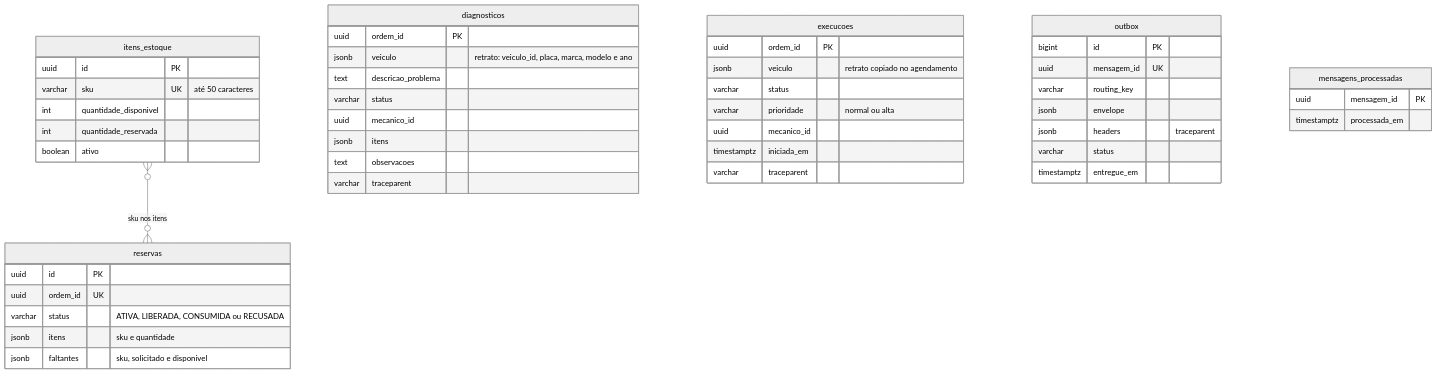
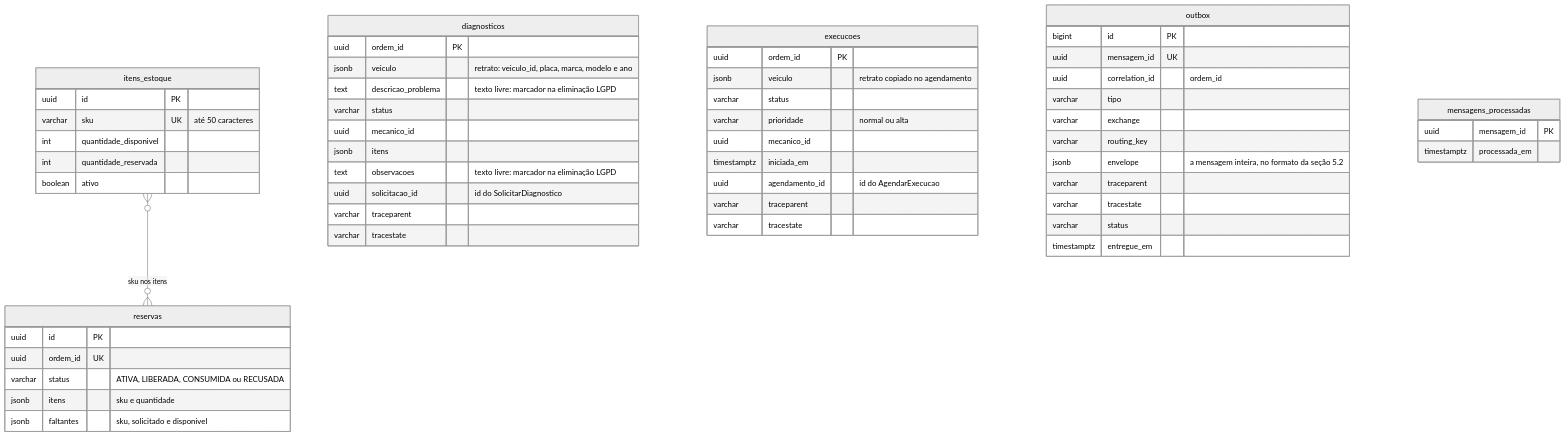
One commit to fiap-postech-sw-architecture/postech-sw-arch-p4-platform changed diagram 11 of 13 in docs/arquitetura/rfc/fase4/rfc-004-microsservicos-saga.md. Above: the diagram before and after it, drawn with Mermaid (neutral theme). The commit also changed other lines of this file and 42 other files, not shown here.

````diff
--- a/docs/arquitetura/rfc/fase4/rfc-004-microsservicos-saga.md
+++ b/docs/arquitetura/rfc/fase4/rfc-004-microsservicos-saga.md
@@ -897,51 +917,59 @@
 ```mermaid
 erDiagram
     itens_estoque {
         uuid id PK
         varchar sku UK "até 50 caracteres"
         int quantidade_disponivel
         int quantidade_reservada
         boolean ativo
     }
     reservas {
         uuid id PK
         uuid ordem_id UK
         varchar status "ATIVA, LIBERADA, CONSUMIDA ou RECUSADA"
         jsonb itens "sku e quantidade"
         jsonb faltantes "sku, solicitado e disponivel"
     }
     diagnosticos {
         uuid ordem_id PK
         jsonb veiculo "retrato: veiculo_id, placa, marca, modelo e ano"
-        text descricao_problema
+        text descricao_problema "texto livre: marcador na eliminação LGPD"
         varchar status
         uuid mecanico_id
         jsonb itens
-        text observacoes
+        text observacoes "texto livre: marcador na eliminação LGPD"
+        uuid solicitacao_id "id do SolicitarDiagnostico"
         varchar traceparent
+        varchar tracestate
     }
     execucoes {
         uuid ordem_id PK
         jsonb veiculo "retrato copiado no agendamento"
         varchar status
         varchar prioridade "normal ou alta"
         uuid mecanico_id
         timestamptz iniciada_em
+        uuid agendamento_id "id do AgendarExecucao"
         varchar traceparent
+        varchar tracestate
     }
     outbox {
         bigint id PK
         uuid mensagem_id UK
+        uuid correlation_id "ordem_id"
+        varchar tipo
+        varchar exchange
         varchar routing_key
-        jsonb envelope
-        jsonb headers "traceparent"
+        jsonb envelope "a mensagem inteira, no formato da seção 5.2"
+        varchar traceparent
+        varchar tracestate
         varchar status
         timestamptz entregue_em
     }
     mensagens_processadas {
         uuid mensagem_id PK
         timestamptz processada_em
     }
 
     itens_estoque }o--o{ reservas : "sku nos itens"
 ```
````
